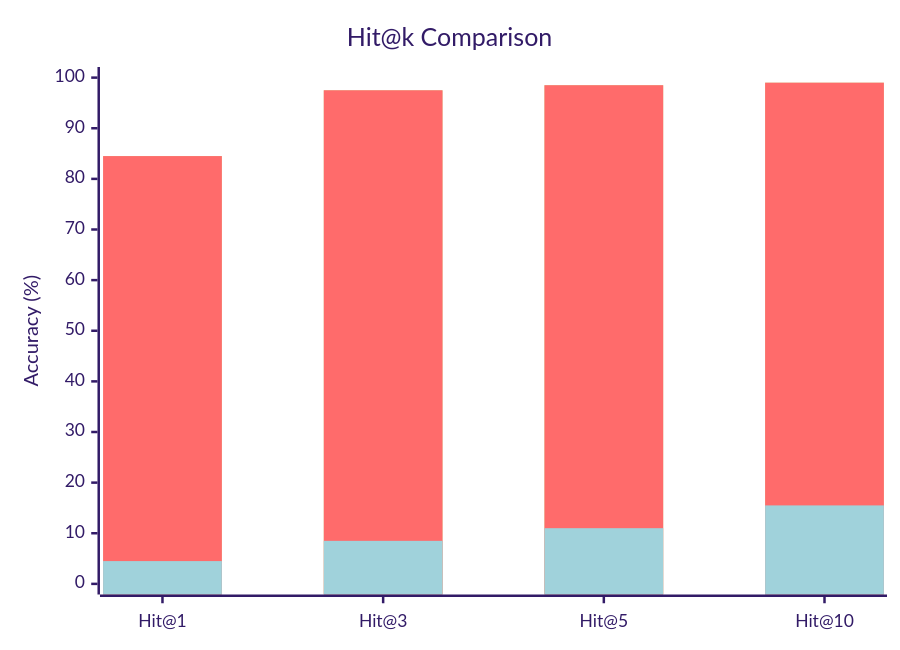
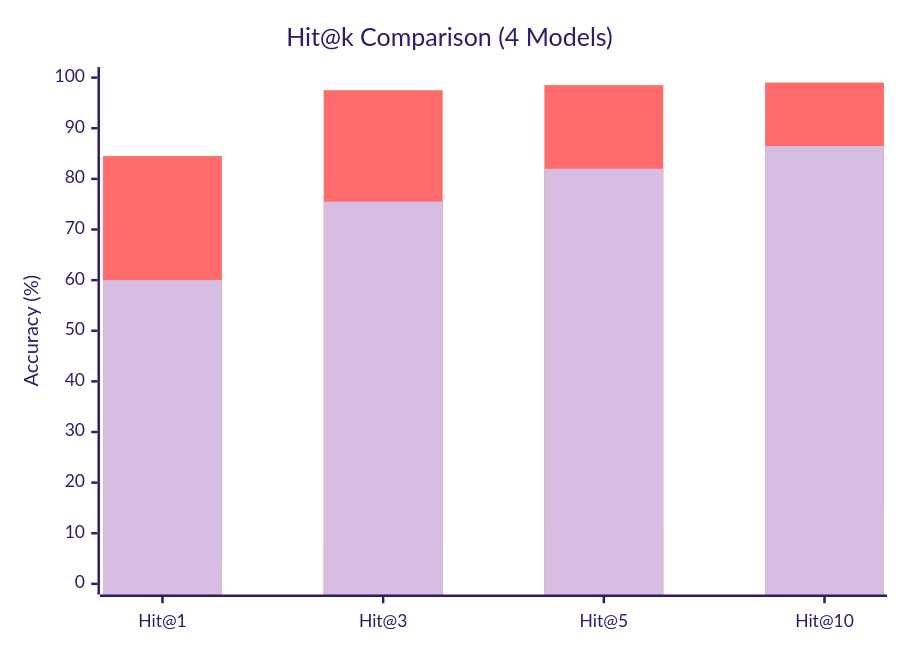
The fourth of 11 diagrams in docs/DP_Evaluation_Report.md (ursuswh-metamorphic/SDA_SecureDataAlliance), drawn with Mermaid (forest theme) before and after one commit. The commit also changed other lines of this file and 2 other files, not shown here.

````diff
--- a/docs/DP_Evaluation_Report.md
+++ b/docs/DP_Evaluation_Report.md
@@ -117,9 +128,10 @@
 ```mermaid
 xychart-beta
-    title "Hit@k Comparison"
+    title "Hit@k Comparison (4 Models)"
     x-axis ["Hit@1", "Hit@3", "Hit@5", "Hit@10"]
     y-axis "Accuracy (%)" 0 --> 100
     bar [84.5, 97.5, 98.5, 99.0]
     bar [84.5, 97.5, 98.5, 99.0]
     bar [4.5, 8.5, 11.0, 15.5]
+    bar [60.0, 75.5, 82.0, 86.5]
 ```
````
